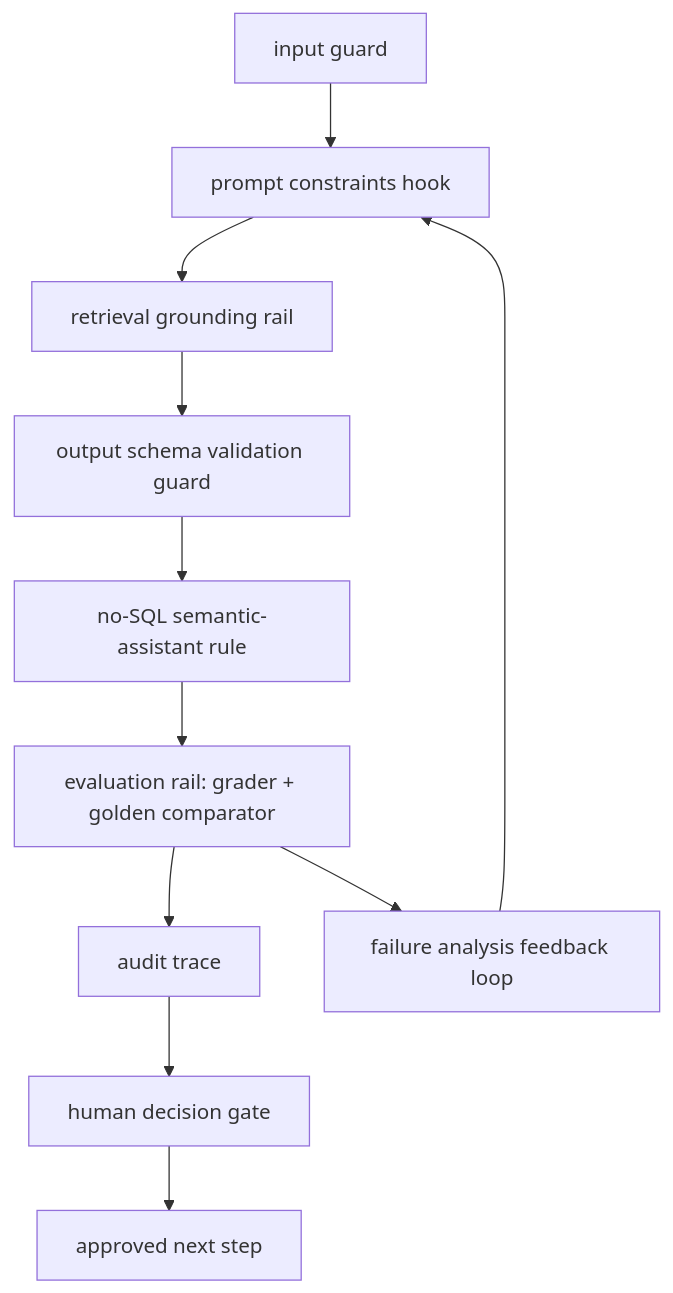
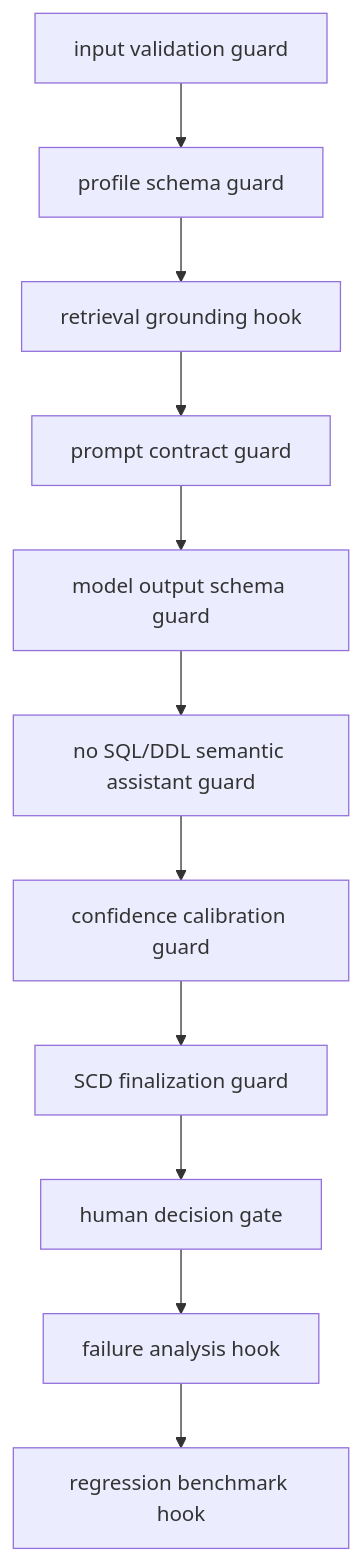
The second of 3 diagrams in docs/architecture/technical-flow.md (sumikara/ai-data-modeling-copilot), drawn with Mermaid before and after one commit. The commit also changed other lines of this file and 59 other files, not shown here.

Commit message:
Revise technical architecture flow mapping with guardrails and HITL

````diff
--- a/docs/architecture/technical-flow.md
+++ b/docs/architecture/technical-flow.md
@@ -54,13 +72,13 @@
 ```mermaid
-flowchart TD
-A[input guard] --> B[prompt constraints hook]
-B --> C[retrieval grounding rail]
-C --> D[output schema validation guard]
-D --> E[no-SQL semantic-assistant rule]
-E --> F[evaluation rail: grader + golden comparator]
-F --> G[audit trace]
-G --> H[human decision gate]
-H --> I[approved next step]
-F --> J[failure analysis feedback loop]
-J --> B
+flowchart TB
+    A[input validation guard] --> B[profile schema guard]
+    B --> C[retrieval grounding hook]
+    C --> D[prompt contract guard]
+    D --> E[model output schema guard]
+    E --> F[no SQL/DDL semantic assistant guard]
+    F --> G[confidence calibration guard]
+    G --> H[SCD finalization guard]
+    H --> I[human decision gate]
+    I --> J[failure analysis hook]
+    J --> K[regression benchmark hook]
 ```
````
